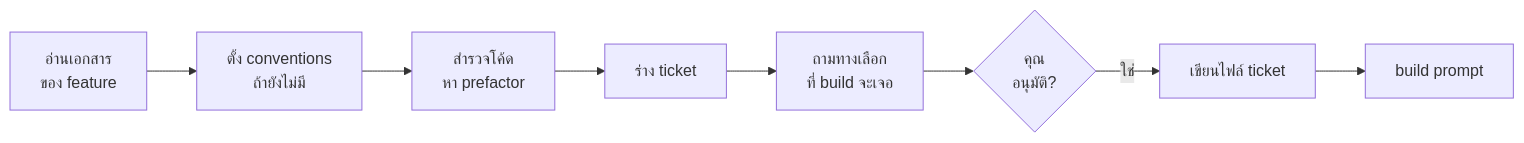
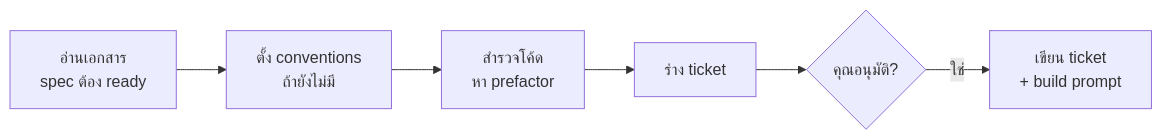
One commit to mousemouse094526/kiki-kit changed the fourth of 8 diagrams in docs/flow.th.md. Above: the diagram before and after it, drawn with Mermaid. The commit also changed other lines of this file and 4 other files, not shown here.

First line of the commit message:
docs(flow): rewrite for the single upstream gate; trim build references

````diff
--- a/docs/flow.th.md
+++ b/docs/flow.th.md
@@ -139,14 +107,12 @@
 ```mermaid
 flowchart LR
-    C["อ่านเอกสาร<br/>ของ feature"]
+    C["อ่านเอกสาร<br/>spec ต้อง ready"]
     CV["ตั้ง conventions<br/>ถ้ายังไม่มี"]
     EX["สำรวจโค้ด<br/>หา prefactor"]
     DR["ร่าง ticket"]
-    CH["ถามทางเลือก<br/>ที่ build จะเจอ"]
-    Q{"คุณ<br/>อนุมัติ?"}
-    WR["เขียนไฟล์ ticket"]
-    BP["build prompt"]
+    Q{"คุณอนุมัติ?"}
+    WR["เขียน ticket<br/>+ build prompt"]
 
-    C --> CV --> EX --> DR --> CH --> Q
-    Q -->|ใช่| WR --> BP
+    C --> CV --> EX --> DR --> Q
+    Q -->|ใช่| WR
 ```
````
